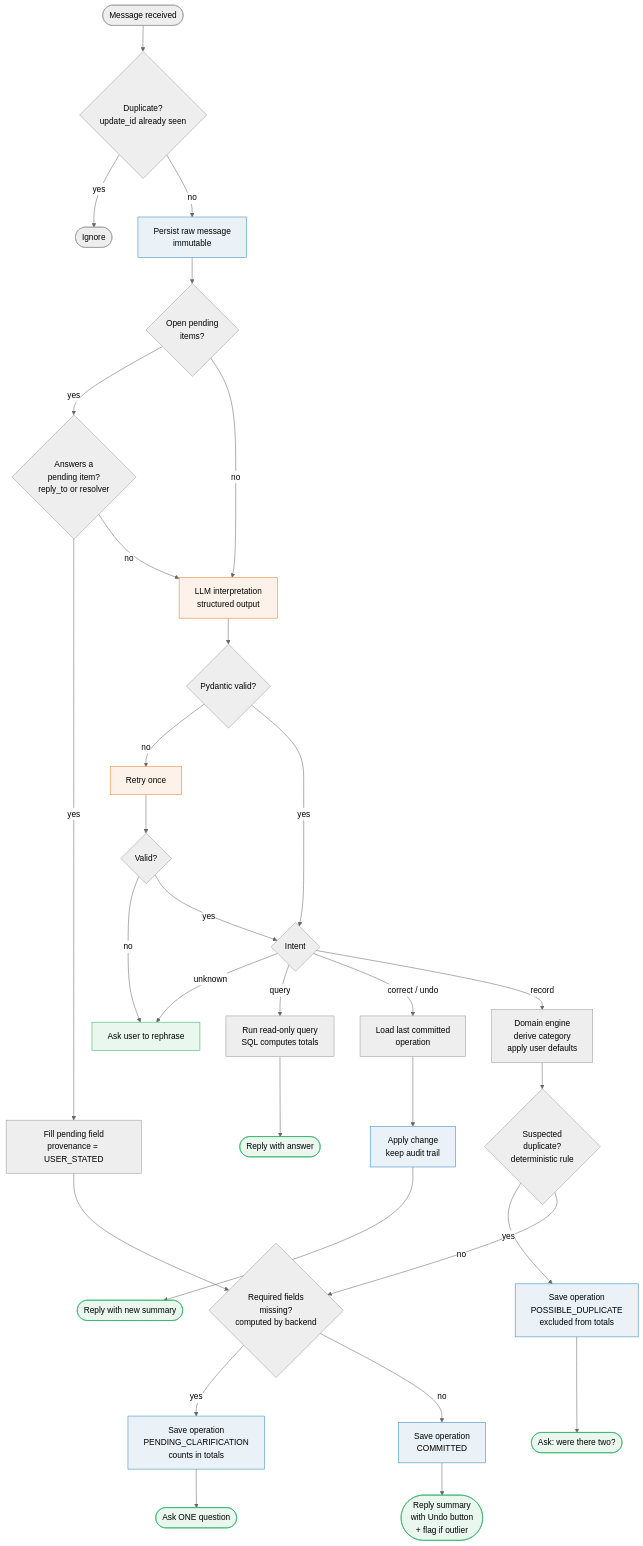
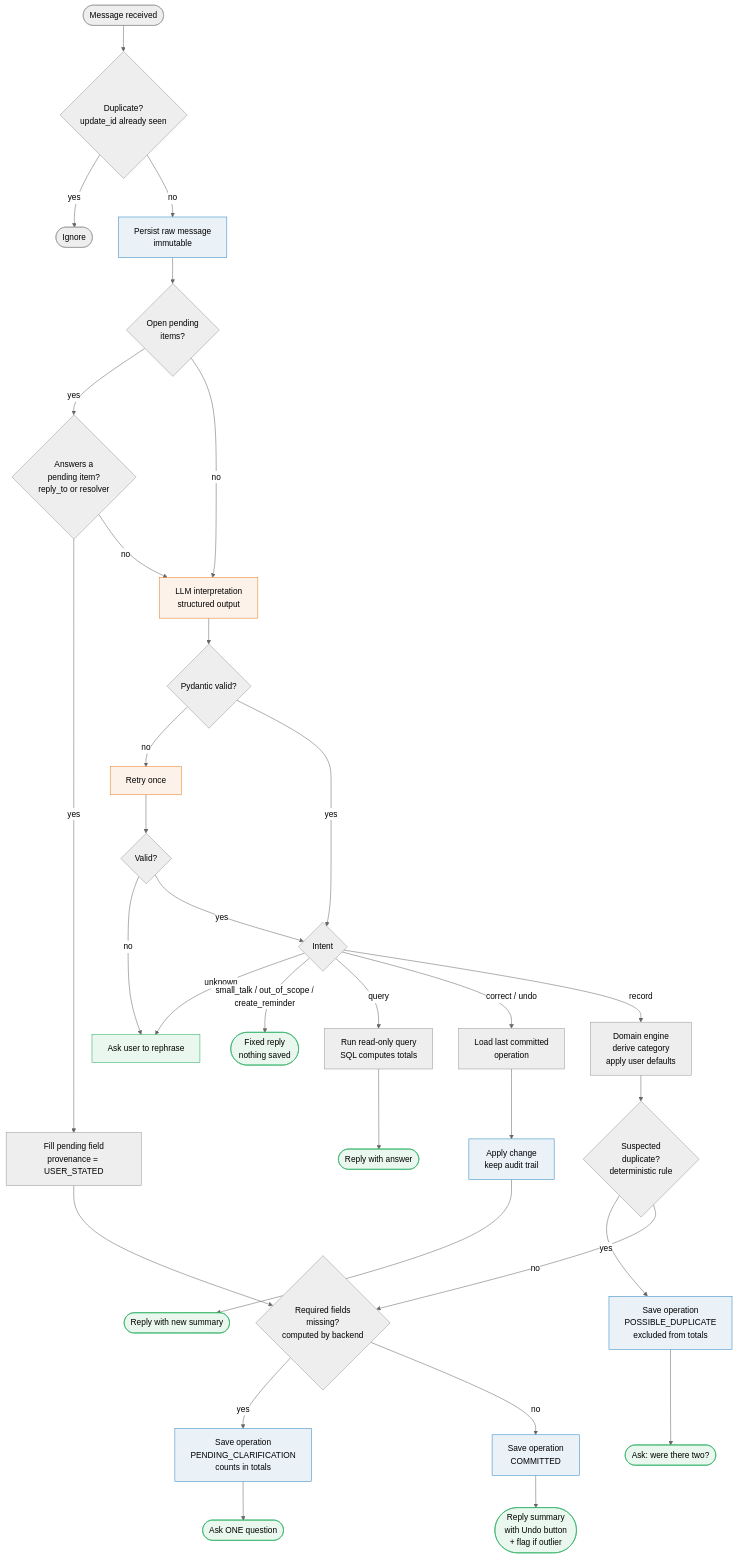
The diagram in doc/conversation-flow.md (mayconmao/milo), drawn with Mermaid (neutral theme) before and after one commit. The commit also changed other lines of this file and 3 other files, not shown here.

Commit message:
docs: add v1 domain model and align flow and diagrams

````diff
--- a/doc/conversation-flow.md
+++ b/doc/conversation-flow.md
@@ -6,36 +6,37 @@
 ```mermaid
 flowchart TD
     A([Message received]) --> B{Duplicate?<br/>update_id already seen}
     B -- yes --> Z1([Ignore])
     B -- no --> C[Persist raw message<br/>immutable]
     C --> D{Open pending<br/>items?}
 
     D -- yes --> G{Answers a<br/>pending item?<br/>reply_to or resolver}
     G -- yes --> H[Fill pending field<br/>provenance = USER_STATED]
     H --> M
     G -- no --> F
 
     D -- no --> F[LLM interpretation<br/>structured output]
     F --> V{Pydantic valid?}
     V -- no --> V1[Retry once] --> V2{Valid?}
     V2 -- no --> U
     V2 -- yes --> I
     V -- yes --> I{Intent}
 
     I -- unknown --> U[Ask user to rephrase]
+    I -- small_talk / out_of_scope /<br/>create_reminder --> R6([Fixed reply<br/>nothing saved])
     I -- query --> Q[Run read-only query<br/>SQL computes totals] --> R1([Reply with answer])
     I -- correct / undo --> K[Load last committed<br/>operation] --> K1[Apply change<br/>keep audit trail] --> R2([Reply with new summary])
     I -- record --> L[Domain engine<br/>derive category<br/>apply user defaults]
     L --> DUP{Suspected<br/>duplicate?<br/>deterministic rule}
     DUP -- yes --> DP[Save operation<br/>POSSIBLE_DUPLICATE<br/>excluded from totals] --> R5([Ask: were there two?])
     DUP -- no --> M{Required fields<br/>missing?<br/>computed by backend}
     M -- yes --> N[Save operation<br/>PENDING_CLARIFICATION<br/>counts in totals] --> R3([Ask ONE question])
     M -- no --> O[Save operation<br/>COMMITTED] --> R4([Reply summary<br/>with Undo button<br/>+ flag if outlier])
 
     classDef llm fill:#fdf2e9,stroke:#e67e22,color:#000
     classDef state fill:#eaf2f8,stroke:#2e86c1,color:#000
     classDef reply fill:#e9f7ef,stroke:#27ae60,color:#000
     class F,V1 llm
     class C,N,O,K1,DP state
-    class R1,R2,R3,R4,R5,U reply
+    class R1,R2,R3,R4,R5,R6,U reply
 ```
````
